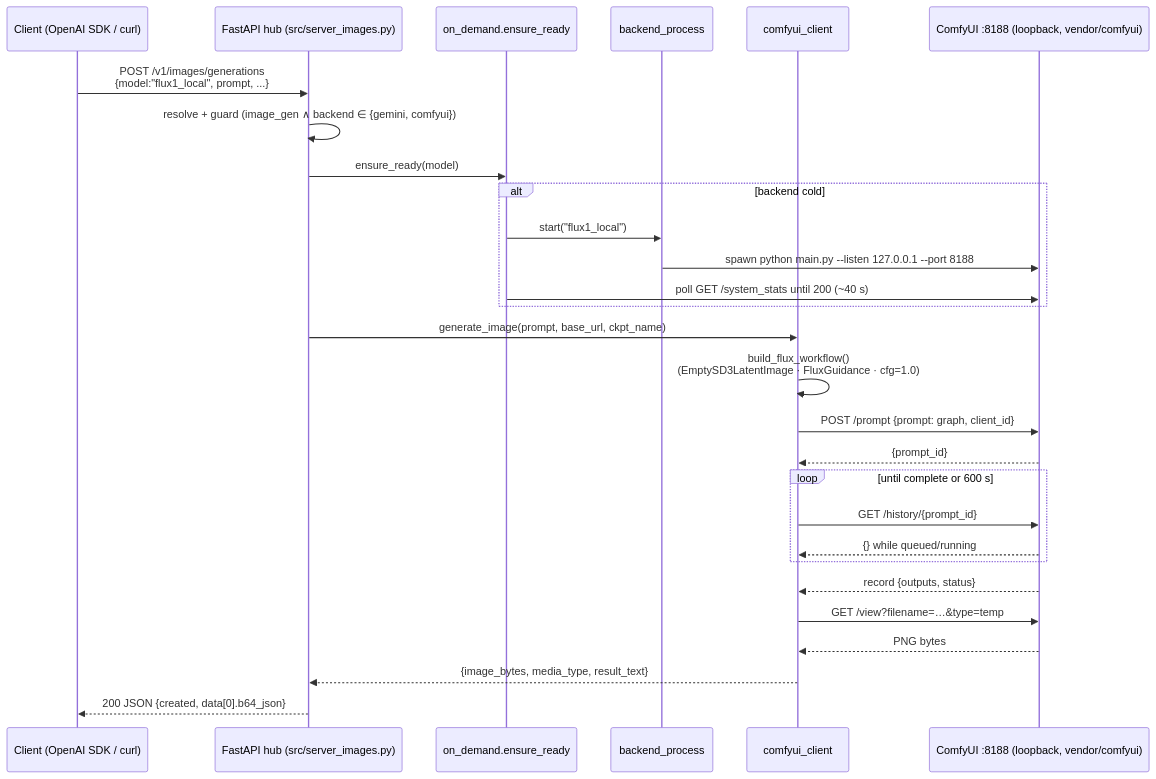
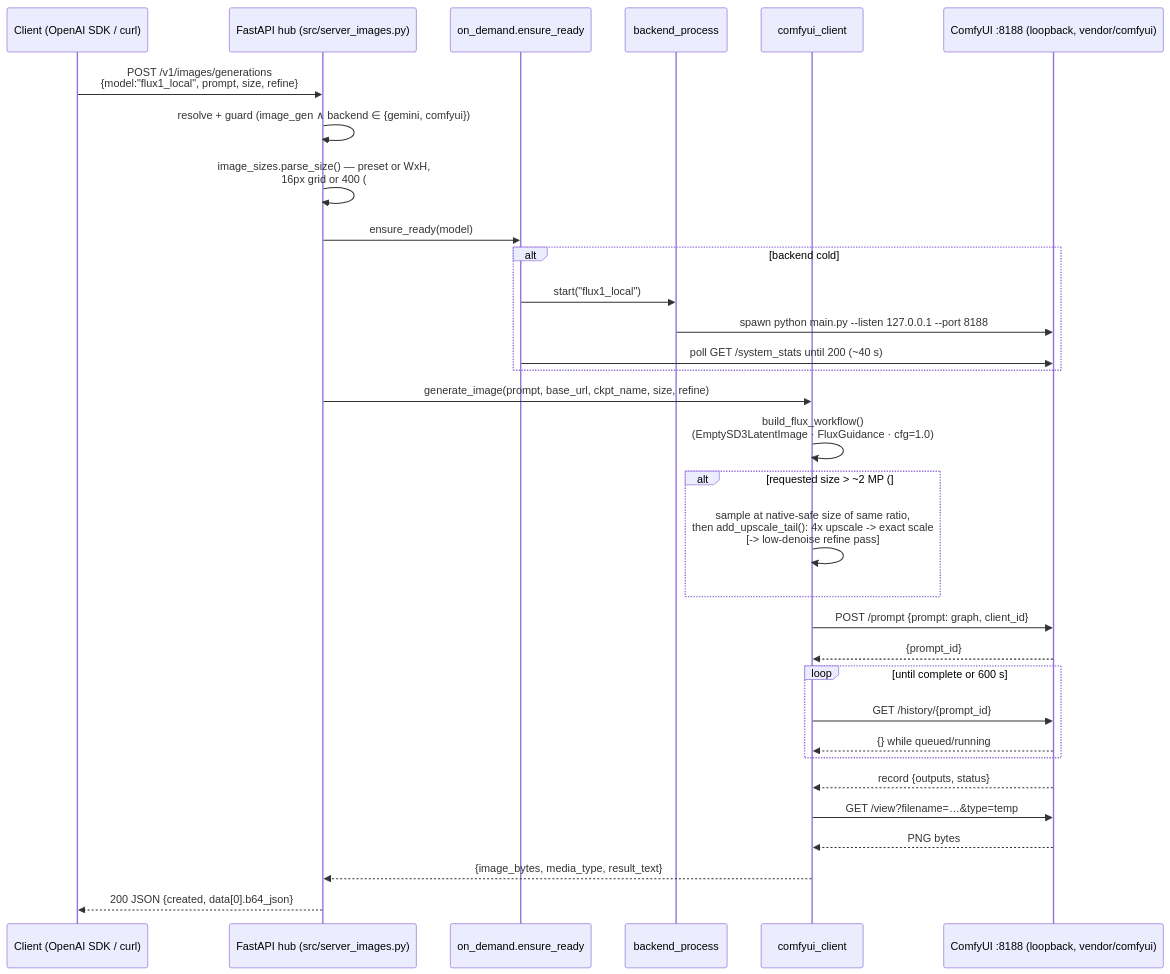
The fourth of 4 diagrams in docs/project-structure.md (ferraroroberto/claude-local-calls), drawn with Mermaid before and after one commit. The commit also changed 14 other files, not shown here.

````diff
--- a/docs/project-structure.md
+++ b/docs/project-structure.md
@@ -134,31 +134,35 @@
 ```mermaid
 sequenceDiagram
     participant C as Client (OpenAI SDK / curl)
     participant F as FastAPI hub (src/server_images.py)
     participant O as on_demand.ensure_ready
     participant B as backend_process
     participant K as comfyui_client
     participant X as ComfyUI :8188 (loopback, vendor/comfyui)
 
-    C->>F: POST /v1/images/generations<br/>{model:"flux1_local", prompt, ...}
+    C->>F: POST /v1/images/generations<br/>{model:"flux1_local", prompt, size, refine}
     F->>F: resolve + guard (image_gen ∧ backend ∈ {gemini, comfyui})
+    F->>F: image_sizes.parse_size() — preset or WxH,<br/>16px grid or 400 (#497)
     F->>O: ensure_ready(model)
     alt backend cold
         O->>B: start("flux1_local")
         B->>X: spawn python main.py --listen 127.0.0.1 --port 8188
         O->>X: poll GET /system_stats until 200 (~40 s)
     end
-    F->>K: generate_image(prompt, base_url, ckpt_name)
+    F->>K: generate_image(prompt, base_url, ckpt_name, size, refine)
     K->>K: build_flux_workflow()<br/>(EmptySD3LatentImage · FluxGuidance · cfg=1.0)
+    alt requested size > ~2 MP (#497)
+        K->>K: sample at native-safe size of same ratio,<br/>then add_upscale_tail(): 4x upscale -> exact scale<br/>[-> low-denoise refine pass]
+    end
     K->>X: POST /prompt {prompt: graph, client_id}
     X-->>K: {prompt_id}
     loop until complete or 600 s
         K->>X: GET /history/{prompt_id}
         X-->>K: {} while queued/running
     end
     X-->>K: record {outputs, status}
     K->>X: GET /view?filename=…&type=temp
     X-->>K: PNG bytes
     K-->>F: {image_bytes, media_type, result_text}
     F-->>C: 200 JSON {created, data[0].b64_json}
 ```
````
